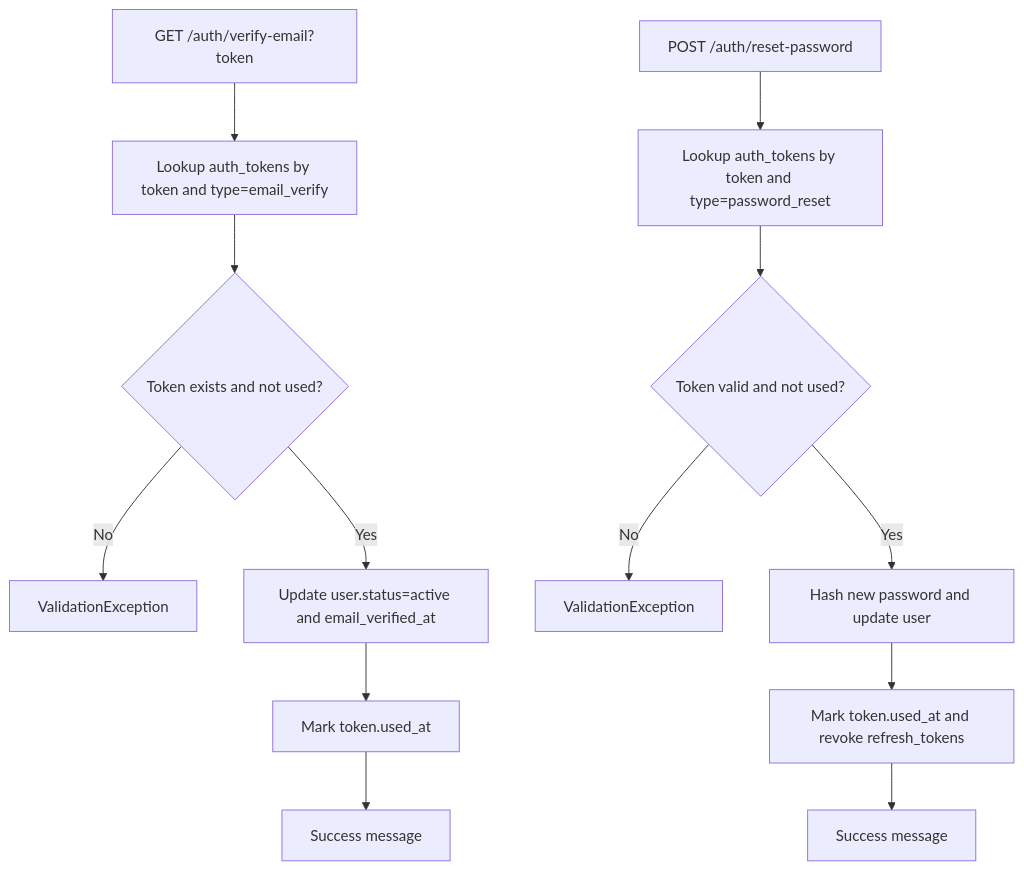
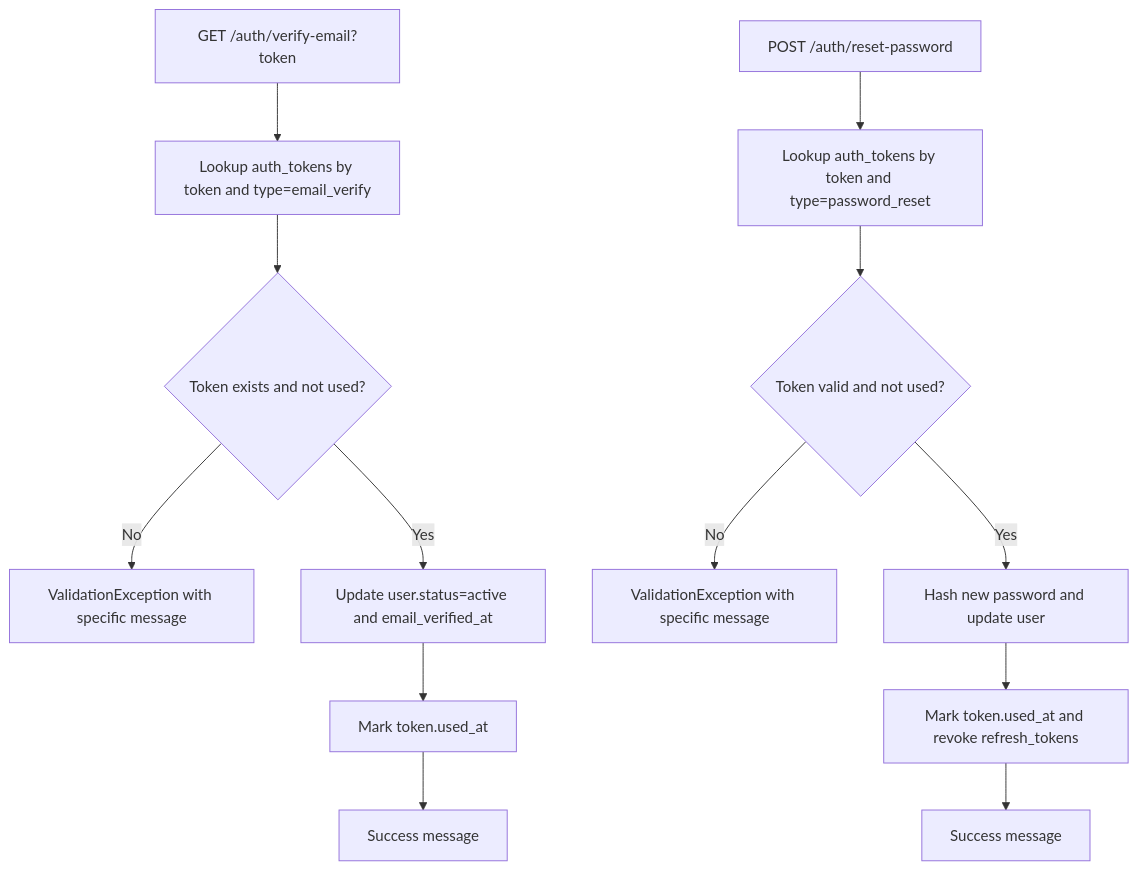
The seventh of 8 diagrams in .qoder/repowiki/en/content/Backend Architecture/Authentication System/Authentication System.md (devonxjz/MissLost), drawn with Mermaid before and after one commit. The commit also changed other lines of this file and 12 other files, not shown here.

````diff
--- a/.qoder/repowiki/en/content/Backend Architecture/Authentication System/Authentication System.md
+++ b/.qoder/repowiki/en/content/Backend Architecture/Authentication System/Authentication System.md
@@ -351,15 +368,15 @@
 ```mermaid
 flowchart TD
 A["GET /auth/verify-email?token"] --> B["Lookup auth_tokens by token and type=email_verify"]
 B --> C{"Token exists and not used?"}
-C --> |No| E["ValidationException"]
+C --> |No| E["ValidationException with specific message"]
 C --> |Yes| D["Update user.status=active and email_verified_at"]
 D --> F["Mark token.used_at"]
 F --> G["Success message"]
 H["POST /auth/reset-password"] --> I["Lookup auth_tokens by token and type=password_reset"]
 I --> J{"Token valid and not used?"}
-J --> |No| K["ValidationException"]
+J --> |No| K["ValidationException with specific message"]
 J --> |Yes| L["Hash new password and update user"]
 L --> M["Mark token.used_at and revoke refresh_tokens"]
 M --> N["Success message"]
 ```
````
